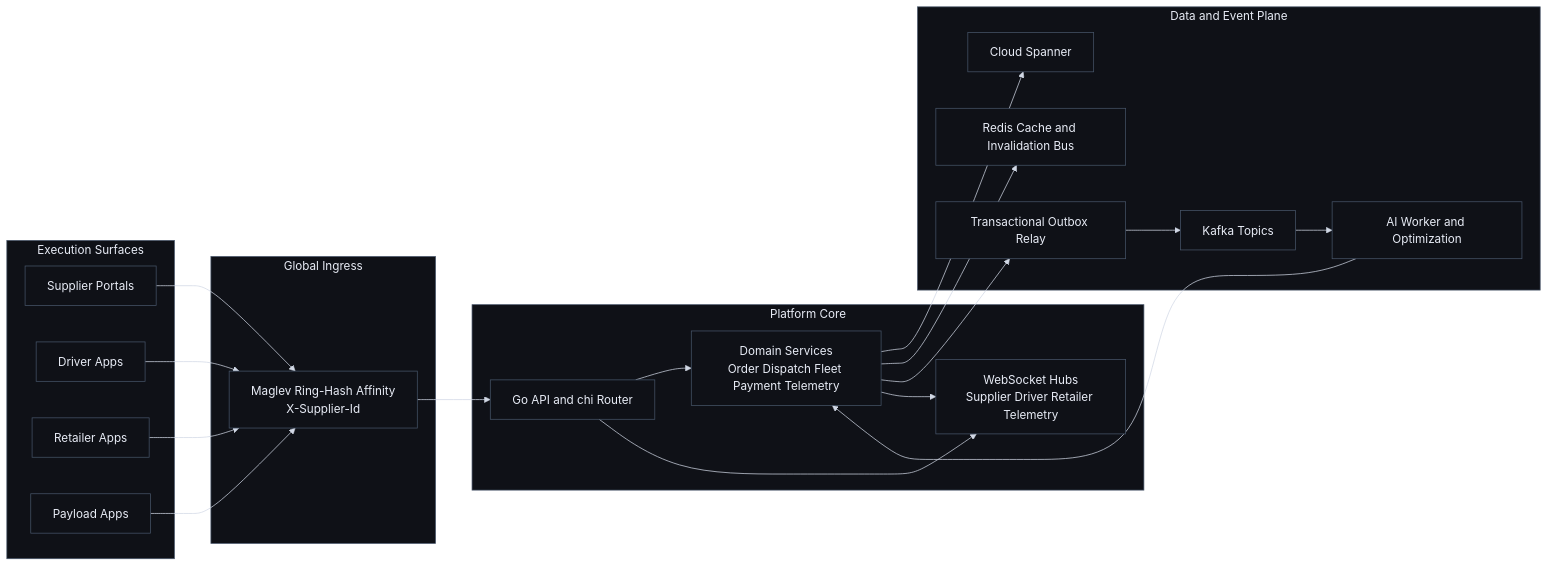
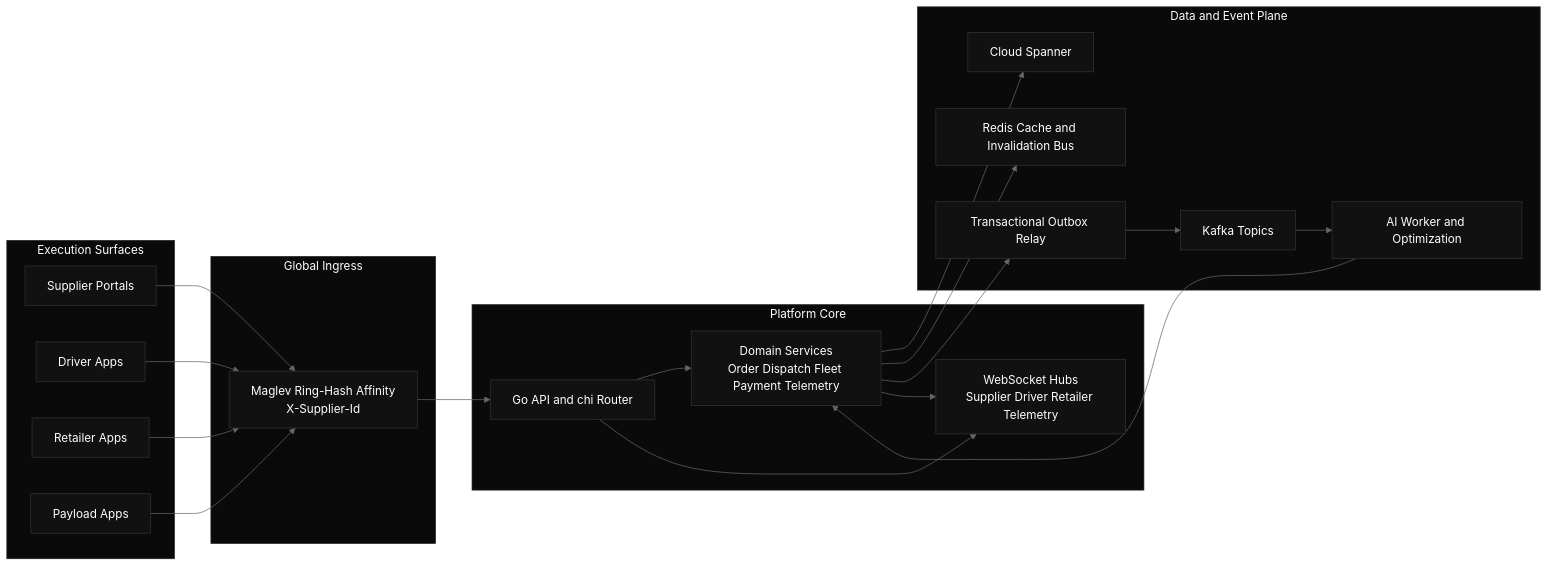
The first of 4 diagrams in README.md (CYBERSTALKER07/ATOMOS), drawn with Mermaid before and after one commit. The commit also changed other lines of this file, not shown here.

````diff
--- a/README.md
+++ b/README.md
@@ -76,44 +79,44 @@
 ```mermaid
-%%{init: {"theme":"base","themeVariables":{"darkMode":true,"background":"#000000","primaryColor":"#0F1117","primaryTextColor":"#E8ECF6","primaryBorderColor":"#475569","secondaryColor":"#141923","secondaryTextColor":"#E8ECF6","secondaryBorderColor":"#475569","tertiaryColor":"#1A2230","tertiaryTextColor":"#E8ECF6","tertiaryBorderColor":"#475569","lineColor":"#D1D8E5","textColor":"#E8ECF6","mainBkg":"#0F1117","nodeBorder":"#475569","clusterBkg":"#0F1117","clusterBorder":"#475569","titleColor":"#E8ECF6","edgeLabelBackground":"#0F1117","actorBkg":"#0F1117","actorBorder":"#475569","actorTextColor":"#E8ECF6","actorLineColor":"#D1D8E5","signalColor":"#D1D8E5","signalTextColor":"#E8ECF6","labelBoxBkgColor":"#0F1117","labelBoxBorderColor":"#475569","labelTextColor":"#E8ECF6","loopTextColor":"#E8ECF6","activationBkgColor":"#1F2633","activationBorderColor":"#475569","sequenceNumberColor":"#000000","stateBkg":"#0F1117","stateBorder":"#475569","stateTextColor":"#E8ECF6","noteBkgColor":"#0F1117","noteTextColor":"#E8ECF6","noteBorderColor":"#475569"},"themeCSS":".edgeLabel text,.label text,.stateLabel text,.messageText,.nodeLabel{fill:#E8ECF6 !important;color:#E8ECF6 !important;} rect,.actor,.note,.labelBox,.edgeLabel rect{stroke:rgba(148,163,184,0.45) !important;stroke-width:1.2px !important;rx:40px !important;ry:40px !important;} .edgeLabel rect{fill:rgba(10,12,16,0.86) !important;opacity:1 !important;} .cluster > rect{fill:rgba(10,12,16,0.78) !important;} .messageLine0,.messageLine1,.loopLine{stroke:#D1D8E5 !important;}"}}%%
+%%{init: {"theme":"base","themeVariables":{"darkMode":true,"background":"#000000","primaryColor":"#111111","primaryTextColor":"#FFFFFF","primaryBorderColor":"#333333","secondaryColor":"#111111","secondaryTextColor":"#FFFFFF","secondaryBorderColor":"#333333","tertiaryColor":"#111111","tertiaryTextColor":"#FFFFFF","tertiaryBorderColor":"#333333","lineColor":"#666666","textColor":"#FFFFFF","mainBkg":"#111111","nodeBorder":"#333333","clusterBkg":"#0A0A0A","clusterBorder":"#222222","titleColor":"#FFFFFF","edgeLabelBackground":"#111111","actorBkg":"#111111","actorBorder":"#333333","actorTextColor":"#FFFFFF","actorLineColor":"#666666","signalColor":"#666666","signalTextColor":"#FFFFFF","labelBoxBkgColor":"#111111","labelBoxBorderColor":"#333333","labelTextColor":"#FFFFFF","loopTextColor":"#FFFFFF","activationBkgColor":"#1A1A1A","activationBorderColor":"#333333","sequenceNumberColor":"#000000"},"themeCSS":".edgeLabel text,.label text,.stateLabel text,.messageText,.nodeLabel{fill:#FFFFFF !important;color:#FFFFFF !important;} rect,.actor,.note,.labelBox,.edgeLabel rect{stroke:#333333 !important;stroke-width:1px !important;rx:12px !important;ry:12px !important;} .edgeLabel rect{fill:#111111 !important;opacity:1 !important;} .cluster > rect{fill:#0A0A0A !important;stroke:#222222 !important;} .messageLine0,.messageLine1,.loopLine{stroke:#666666 !important;}"}}%%
 flowchart LR
    subgraph Clients[Execution Surfaces]
       SP[Supplier Portals]
       DP[Driver Apps]
       RP[Retailer Apps]
       PP[Payload Apps]
    end
 
    subgraph Ingress[Global Ingress]
       MAG[Maglev Ring-Hash Affinity\nX-Supplier-Id]
    end
 
    subgraph Core[Platform Core]
       API[Go API and chi Router]
       DOM[Domain Services\nOrder Dispatch Fleet Payment Telemetry]
       HUB[WebSocket Hubs\nSupplier Driver Retailer Telemetry]
    end
 
    subgraph Plane[Data and Event Plane]
       SPN[Cloud Spanner]
       RED[Redis Cache and Invalidation Bus]
       KAF[Kafka Topics]
       OBX[Transactional Outbox Relay]
       AI[AI Worker and Optimization]
    end
 
    SP --> MAG
    DP --> MAG
    RP --> MAG
    PP --> MAG
    MAG --> API
 
    API --> DOM
    API --> HUB
    DOM --> SPN
    DOM --> RED
    DOM --> OBX
    OBX --> KAF
    KAF --> AI
    AI --> DOM
    DOM --> HUB
 ```
````
